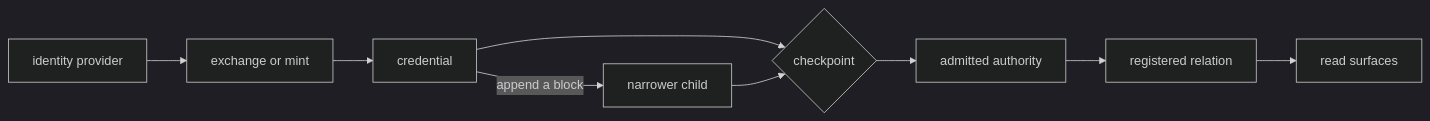
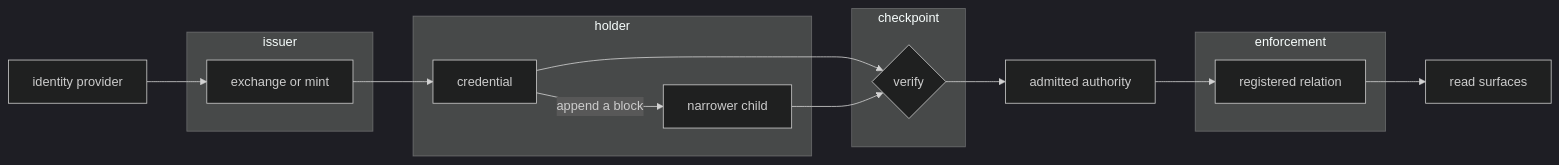
One commit to fractalboxdev/contextful changed the diagram in spec/guide/authority.md. Above: the diagram before and after it, drawn with Mermaid (dark theme). The commit also changed 33 other files, not shown here.

Commit message:
spec: diagrams draw contracts, parties and trust zones as containers; a node standing for one is refused

````diff
--- a/spec/guide/authority.md
+++ b/spec/guide/authority.md
@@ -17,11 +17,27 @@
 ```mermaid
 flowchart LR
-  IDP["identity provider"] --> X["exchange or mint"]
-  X --> CRED["credential"]
-  CRED -->|"append a block"| CHILD["narrower child"]
-  CRED --> V{"checkpoint"}
+  IDP["identity provider"]
+  subgraph ISS["issuer"]
+    X["exchange or mint"]
+  end
+  subgraph HOLD["holder"]
+    CRED["credential"]
+    CHILD["narrower child"]
+  end
+  subgraph CPZ["checkpoint"]
+    V{"verify"}
+  end
+  AA["admitted authority"]
+  subgraph ENF["enforcement"]
+    REL["registered relation"]
+  end
+  READ["read surfaces"]
+  IDP --> X
+  X --> CRED
+  CRED -->|"append a block"| CHILD
+  CRED --> V
   CHILD --> V
-  V --> AA["admitted authority"]
-  AA --> REL["registered relation"]
-  REL --> READ["read surfaces"]
+  V --> AA
+  AA --> REL
+  REL --> READ
 ```
````
